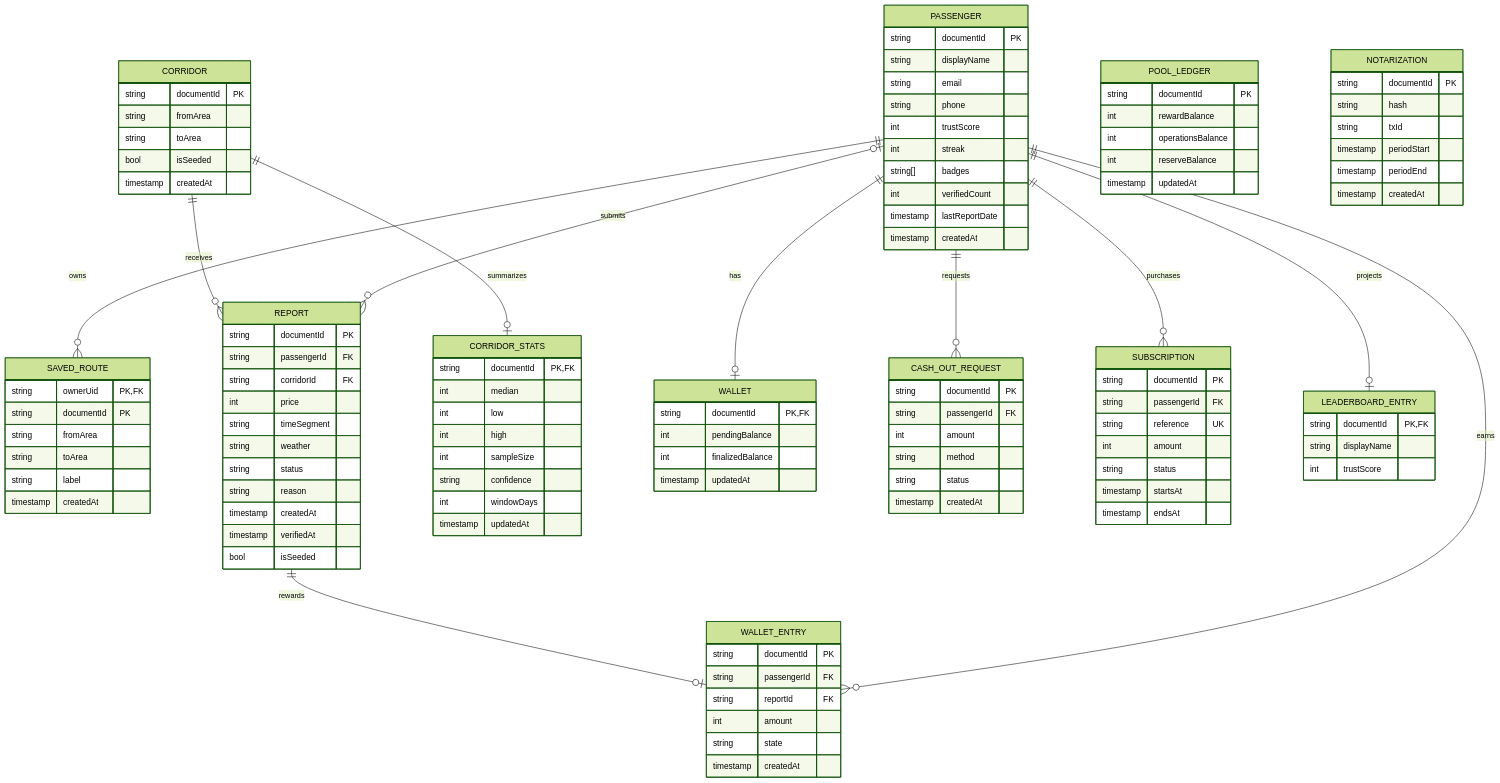
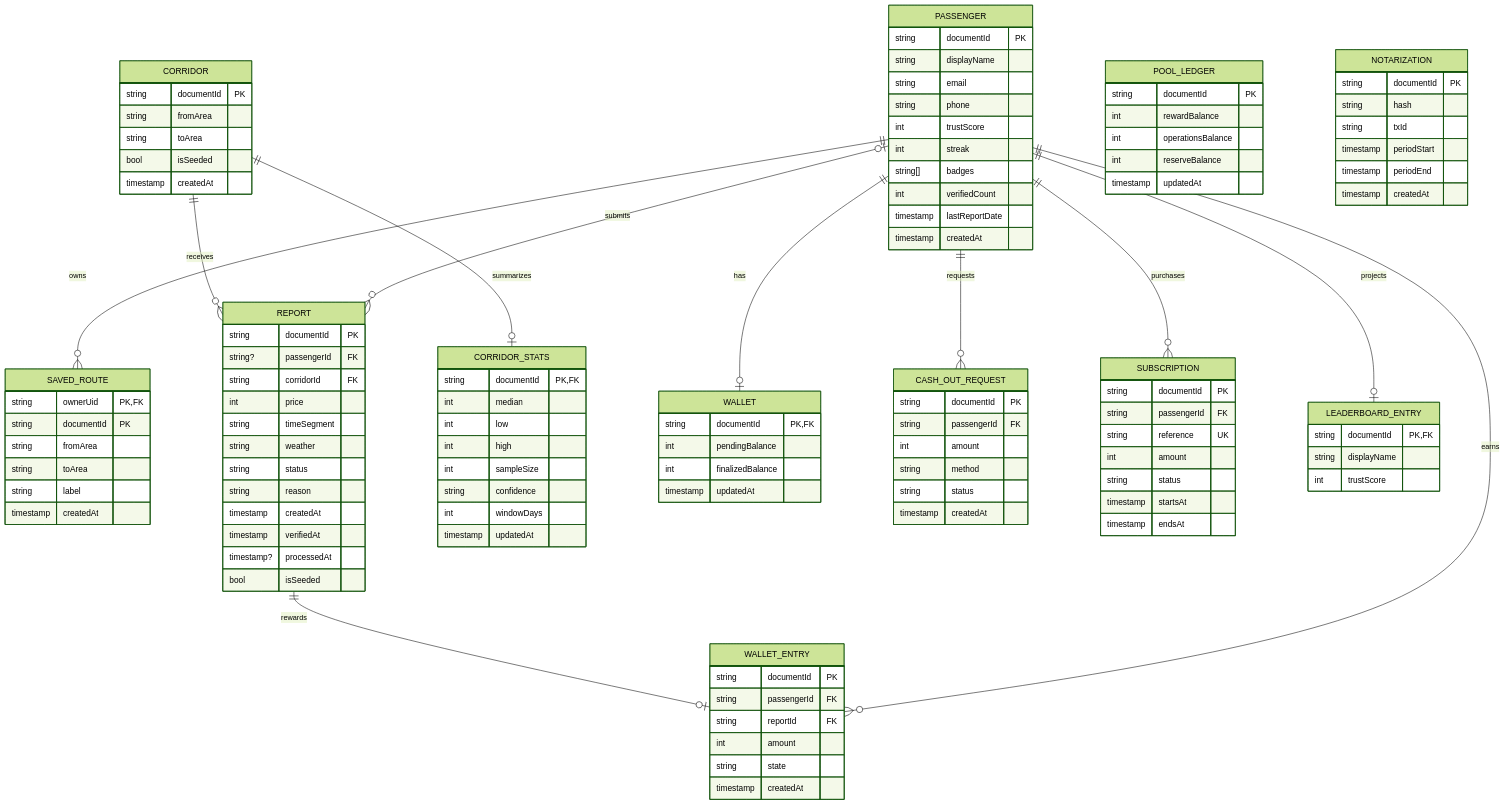
Before and after one commit to Peniel-source/fairfare: the diagram in docs/erd.md, drawn with Mermaid (forest theme). The commit also changed other lines of this file and 3 other files, not shown here.

```diff
--- a/docs/erd.md
+++ b/docs/erd.md
@@ -52,7 +52,7 @@
     }
     REPORT {
         string documentId PK
-        string passengerId FK
+        string? passengerId FK
         string corridorId FK
         int price
         string timeSegment
@@ -61,6 +61,7 @@
         string reason
         timestamp createdAt
         timestamp verifiedAt
+        timestamp? processedAt
         bool isSeeded
     }
     WALLET {
```
